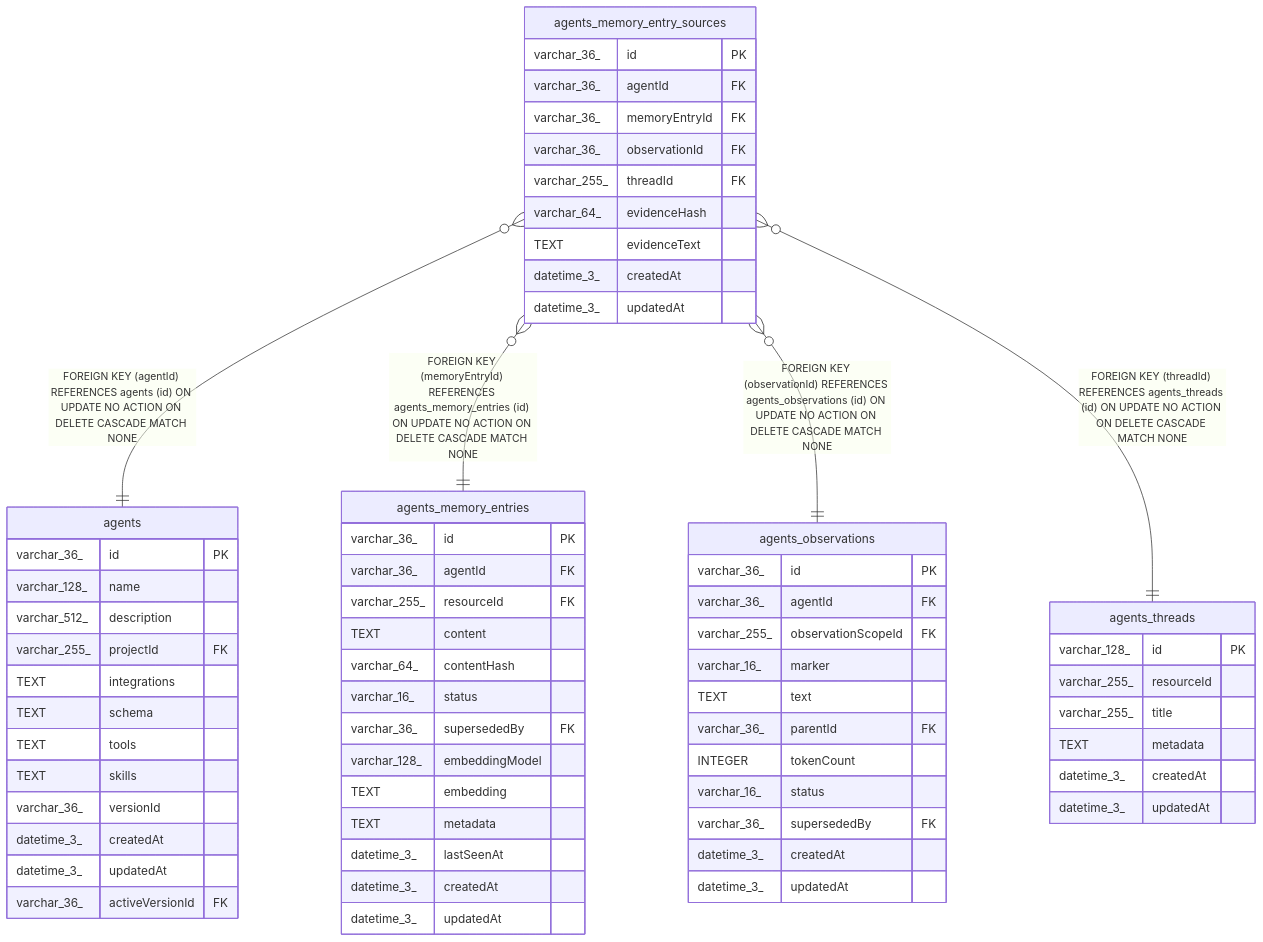
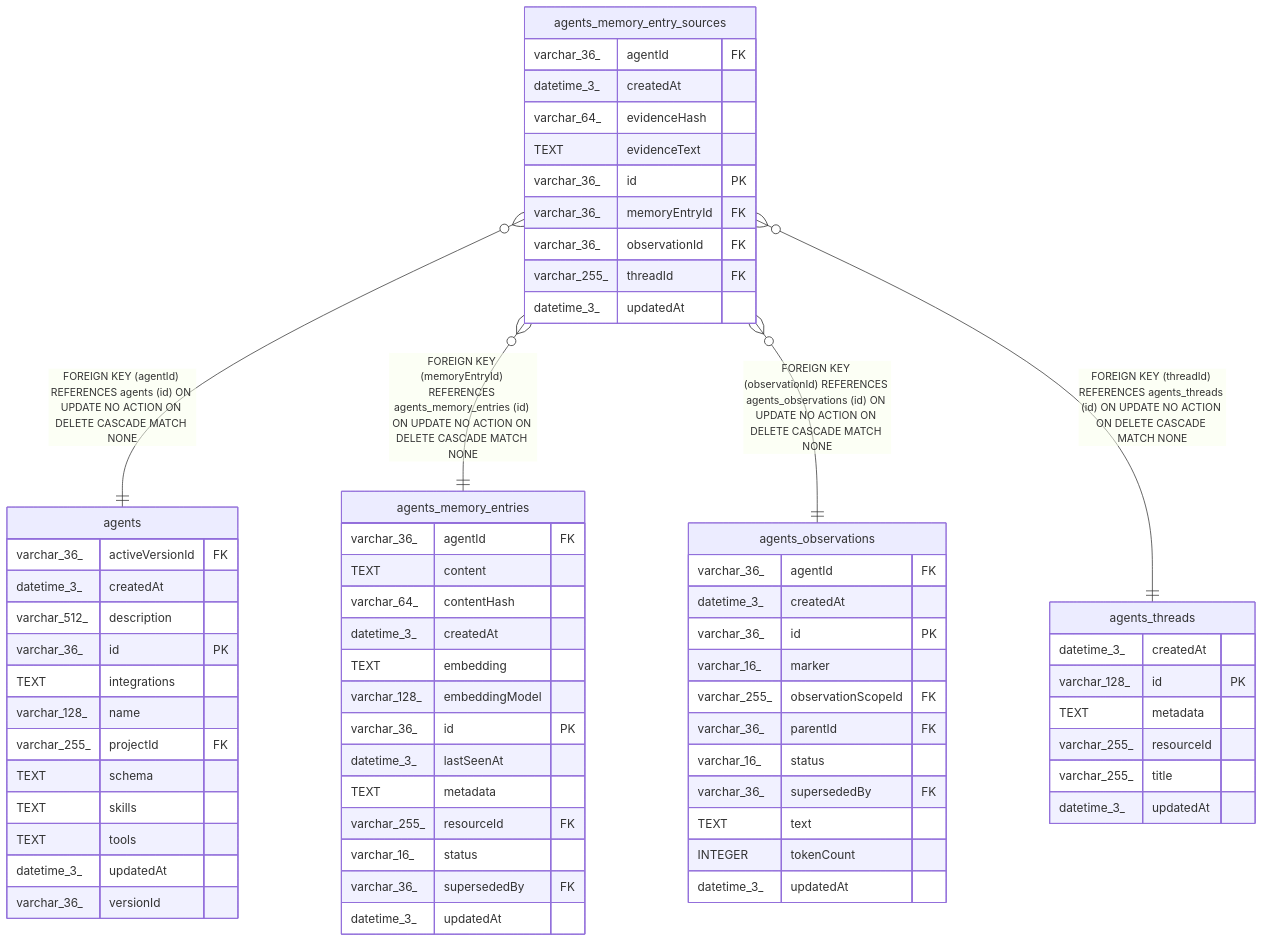
Before and after one commit to mayankjain1815-commits/n8n: the diagram in docs/generated/sqlite-schema/agents_memory_entry_sources.md, drawn with Mermaid. The commit also changed other lines of this file and 221 other files, not shown here.

Commit message:
chore(core): Make DB schema docs generation deterministic (#32373)

````diff
--- a/docs/generated/sqlite-schema/agents_memory_entry_sources.md
+++ b/docs/generated/sqlite-schema/agents_memory_entry_sources.md
@@ -51,70 +51,70 @@
 ```mermaid
 erDiagram
 
 "agents_memory_entry_sources" }o--|| "agents" : "FOREIGN KEY (agentId) REFERENCES agents (id) ON UPDATE NO ACTION ON DELETE CASCADE MATCH NONE"
 "agents_memory_entry_sources" }o--|| "agents_memory_entries" : "FOREIGN KEY (memoryEntryId) REFERENCES agents_memory_entries (id) ON UPDATE NO ACTION ON DELETE CASCADE MATCH NONE"
 "agents_memory_entry_sources" }o--|| "agents_observations" : "FOREIGN KEY (observationId) REFERENCES agents_observations (id) ON UPDATE NO ACTION ON DELETE CASCADE MATCH NONE"
 "agents_memory_entry_sources" }o--|| "agents_threads" : "FOREIGN KEY (threadId) REFERENCES agents_threads (id) ON UPDATE NO ACTION ON DELETE CASCADE MATCH NONE"
 
 "agents_memory_entry_sources" {
+  varchar_36_ agentId FK
+  datetime_3_ createdAt
+  varchar_64_ evidenceHash
+  TEXT evidenceText
   varchar_36_ id PK
-  varchar_36_ agentId FK
   varchar_36_ memoryEntryId FK
   varchar_36_ observationId FK
   varchar_255_ threadId FK
-  varchar_64_ evidenceHash
-  TEXT evidenceText
-  datetime_3_ createdAt
   datetime_3_ updatedAt
 }
 "agents" {
+  varchar_36_ activeVersionId FK
+  datetime_3_ createdAt
+  varchar_512_ description
   varchar_36_ id PK
+  TEXT integrations
   varchar_128_ name
-  varchar_512_ description
   varchar_255_ projectId FK
-  TEXT integrations
   TEXT schema
+  TEXT skills
   TEXT tools
-  TEXT skills
+  datetime_3_ updatedAt
   varchar_36_ versionId
-  datetime_3_ createdAt
-  datetime_3_ updatedAt
-  varchar_36_ activeVersionId FK
 }
 "agents_memory_entries" {
-  varchar_36_ id PK
   varchar_36_ agentId FK
-  varchar_255_ resourceId FK
   TEXT content
   varchar_64_ contentHash
+  datetime_3_ createdAt
+  TEXT embedding
+  varchar_128_ embeddingModel
+  varchar_36_ id PK
+  datetime_3_ lastSeenAt
+  TEXT metadata
+  varchar_255_ resourceId FK
   varchar_16_ status
   varchar_36_ supersededBy FK
-  varchar_128_ embeddingModel
-  TEXT embedding
-  TEXT metadata
-  datetime_3_ lastSeenAt
-  datetime_3_ createdAt
   datetime_3_ updatedAt
 }
 "agents_observations" {
+  varchar_36_ agentId FK
+  datetime_3_ createdAt
   varchar_36_ id PK
-  varchar_36_ agentId FK
+  varchar_16_ marker
   varchar_255_ observationScopeId FK
-  varchar_16_ marker
-  TEXT text
   varchar_36_ parentId FK
-  INTEGER tokenCount
   varchar_16_ status
   varchar_36_ supersededBy FK
-  datetime_3_ createdAt
+  TEXT text
+  INTEGER tokenCount
   datetime_3_ updatedAt
 }
 "agents_threads" {
+  datetime_3_ createdAt
   varchar_128_ id PK
+  TEXT metadata
   varchar_255_ resourceId
   varchar_255_ title
-  TEXT metadata
-  datetime_3_ createdAt
   datetime_3_ updatedAt
 }
 ```
````
